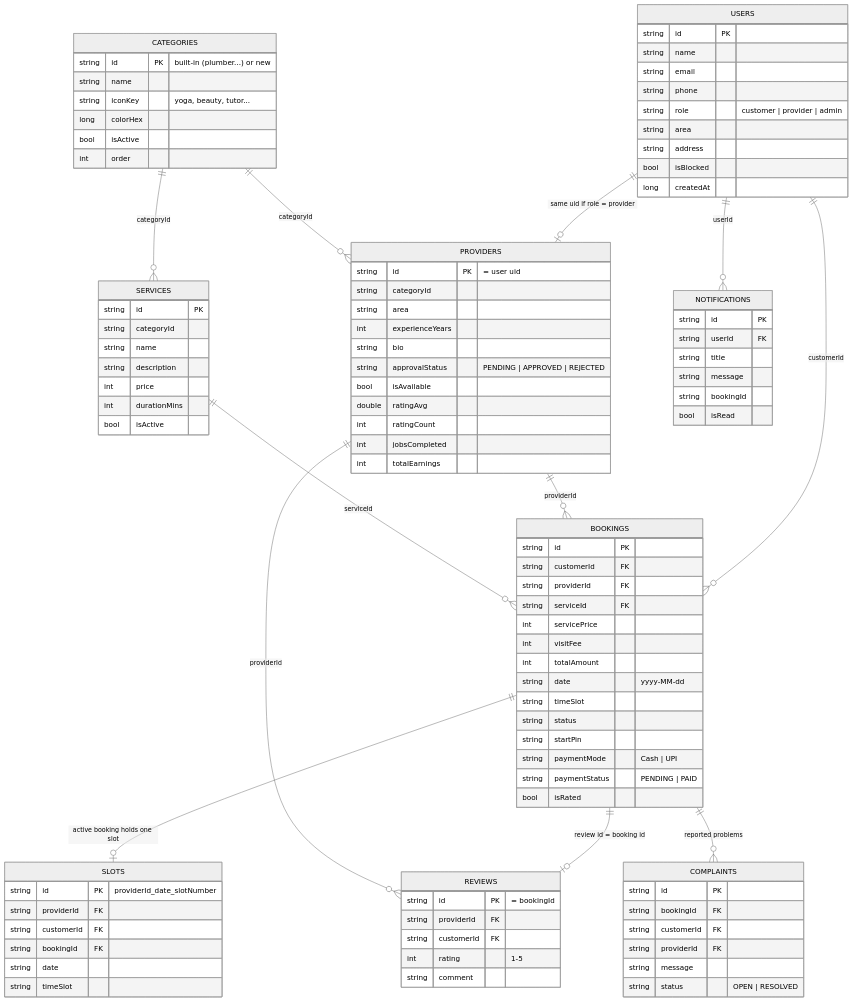
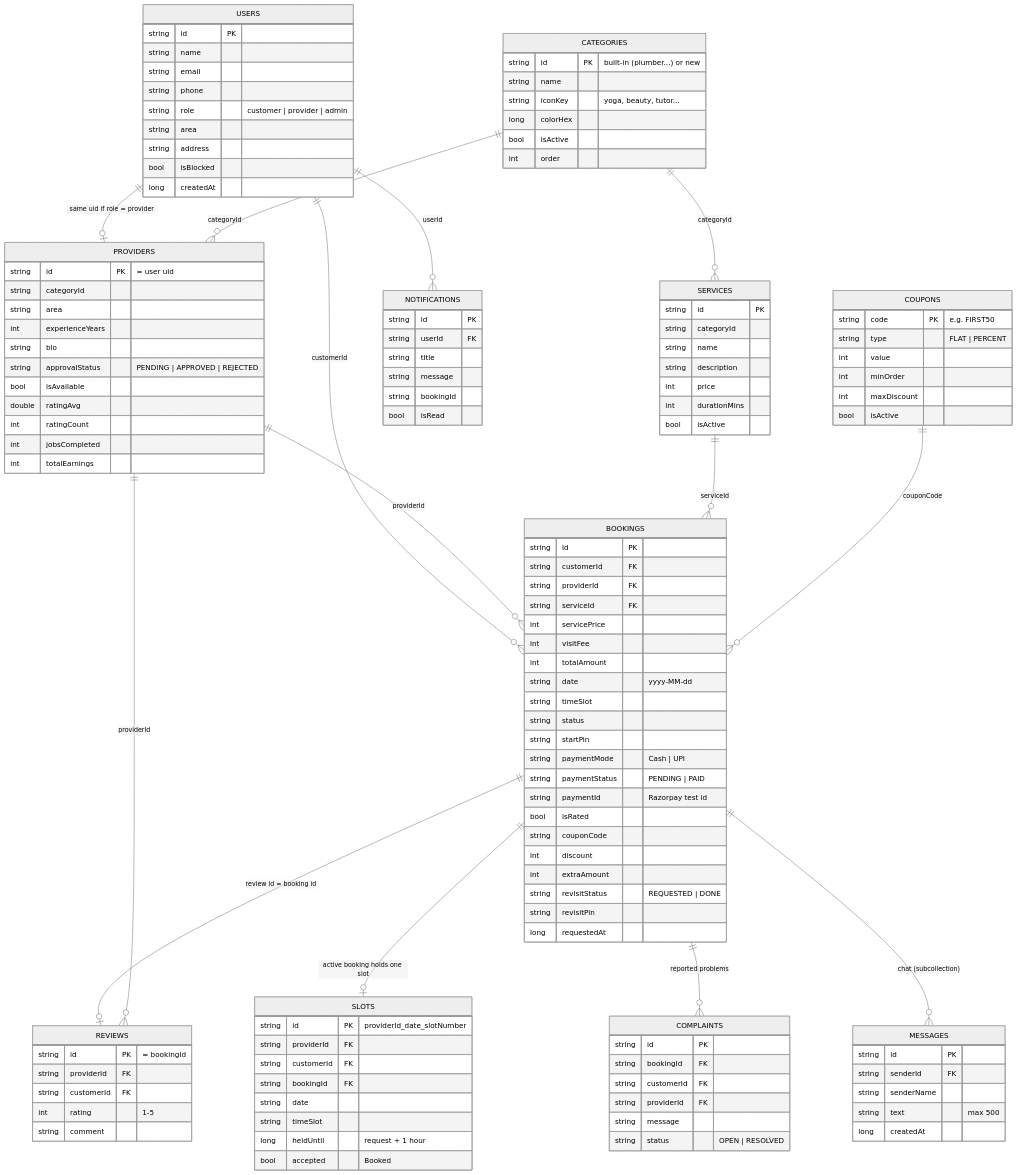
One commit to janvi0802/ServiceHub changed the second of 5 diagrams in docs/REPORT_KIT.md. Above: the diagram before and after it, drawn with Mermaid (neutral theme). The commit also changed other lines of this file and 27 other files, not shown here.

````diff
--- a/docs/REPORT_KIT.md
+++ b/docs/REPORT_KIT.md
@@ -49,6 +57,8 @@
     BOOKINGS ||--o{ COMPLAINTS : "reported problems"
     PROVIDERS ||--o{ REVIEWS : "providerId"
     USERS ||--o{ NOTIFICATIONS : "userId"
+    BOOKINGS ||--o{ MESSAGES : "chat (subcollection)"
+    COUPONS ||--o{ BOOKINGS : "couponCode"
 
     USERS {
         string id PK
@@ -97,7 +107,29 @@
         string startPin
         string paymentMode "Cash | UPI"
         string paymentStatus "PENDING | PAID"
+        string paymentId "Razorpay test id"
         bool isRated
+        string couponCode
+        int discount
+        int extraAmount
+        string revisitStatus "REQUESTED | DONE"
+        string revisitPin
+        long requestedAt
+    }
+    COUPONS {
+        string code PK "e.g. FIRST50"
+        string type "FLAT | PERCENT"
+        int value
+        int minOrder
+        int maxDiscount
+        bool isActive
+    }
+    MESSAGES {
+        string id PK
+        string senderId FK
+        string senderName
+        string text "max 500"
+        long createdAt
     }
     REVIEWS {
         string id PK "= bookingId"
@@ -137,5 +169,7 @@
         string bookingId FK
         string date
         string timeSlot
+        long heldUntil "request + 1 hour"
+        bool accepted "Booked"
     }
 ```
````
